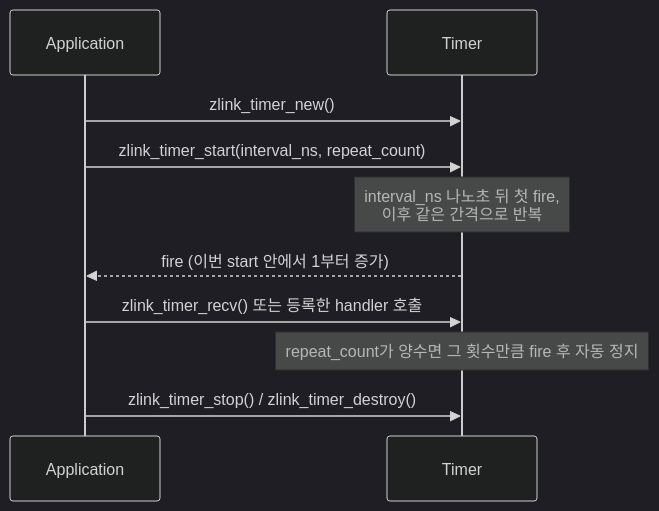
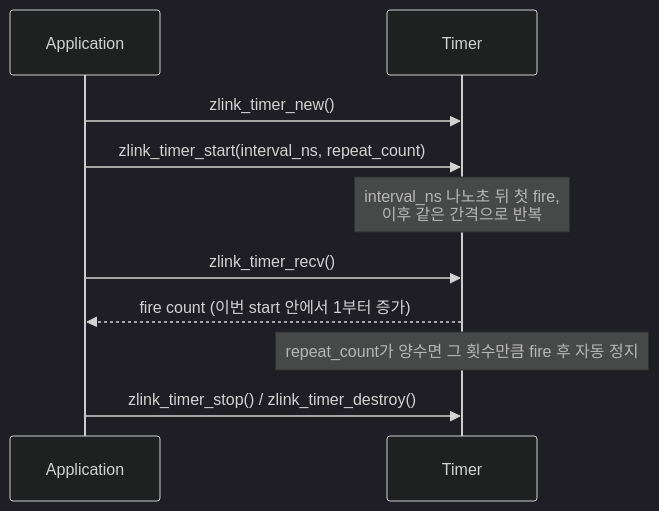
The diagram in core/doc/spec/core/07-utilities.ko.md (zlink-systems/zlink), drawn with Mermaid (dark theme) before and after one commit. The commit also changed other lines of this file and 49 other files, not shown here.

````diff
--- a/core/doc/spec/core/07-utilities.ko.md
+++ b/core/doc/spec/core/07-utilities.ko.md
@@ -156,12 +155,12 @@
 ```mermaid
 sequenceDiagram
     participant App as Application
     participant T as Timer
     App->>T: zlink_timer_new()
     App->>T: zlink_timer_start(interval_ns, repeat_count)
     Note over T: interval_ns 나노초 뒤 첫 fire,<br/>이후 같은 간격으로 반복
-    T-->>App: fire (이번 start 안에서 1부터 증가)
-    App->>T: zlink_timer_recv() 또는 등록한 handler 호출
+    App->>T: zlink_timer_recv()
+    T-->>App: fire count (이번 start 안에서 1부터 증가)
     Note over T: repeat_count가 양수면 그 횟수만큼 fire 후 자동 정지
     App->>T: zlink_timer_stop() / zlink_timer_destroy()
 ```
````
